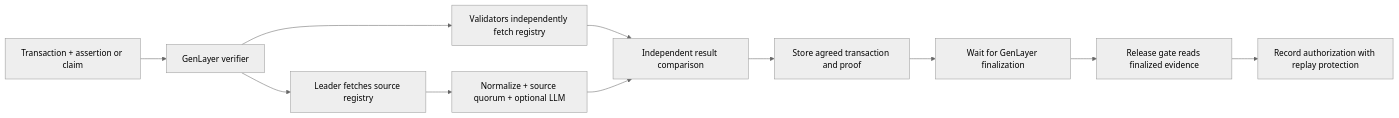
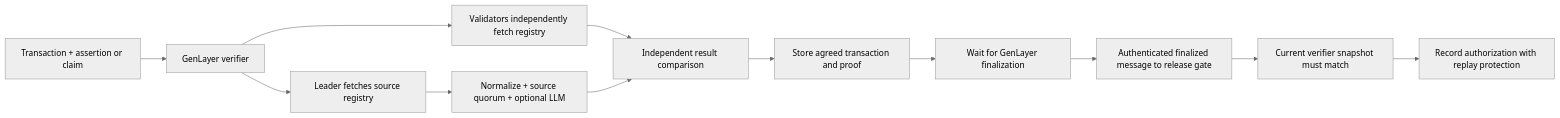
The diagram in docs/ARCHITECTURE.md (dotmantissa/cross-chain-event-verifier), drawn with Mermaid (neutral theme) before and after one commit. The commit also changed other lines of this file and 7 other files, not shown here.

````diff
--- a/docs/ARCHITECTURE.md
+++ b/docs/ARCHITECTURE.md
@@ -5,13 +5,14 @@
 ```mermaid
 flowchart LR
     User[Transaction + assertion or claim] --> V[GenLayer verifier]
     V --> L[Leader fetches source registry]
     V --> I[Validators independently fetch registry]
     L --> N[Normalize + source quorum + optional LLM]
     I --> C[Independent result comparison]
     N --> C
     C --> S[Store agreed transaction and proof]
     S --> F[Wait for GenLayer finalization]
-    F --> G[Release gate reads finalized evidence]
-    G --> A[Record authorization with replay protection]
+    F --> G[Authenticated finalized message to release gate]
+    G --> Veto[Current verifier snapshot must match]
+    Veto --> A[Record authorization with replay protection]
 ```
````
